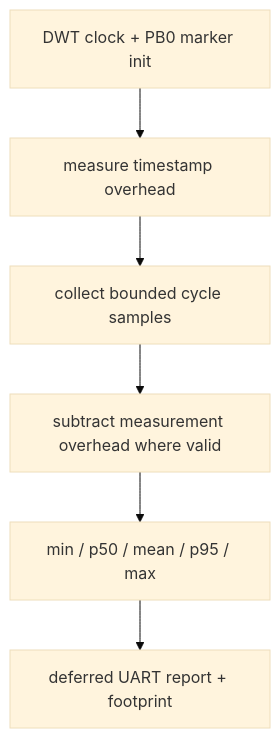
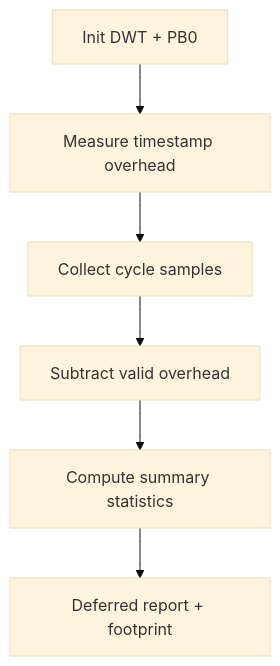
Before and after one commit to haikevins/hairtos: the diagram in benchmarks/kernel/README.md, drawn with Mermaid (base theme). The commit also changed other lines of this file and 82 other files, not shown here.

````diff
--- a/benchmarks/kernel/README.md
+++ b/benchmarks/kernel/README.md
@@ -54,8 +53,8 @@
 ```mermaid
-flowchart TD
-    INIT["DWT clock + PB0 marker init"] --> OH["measure timestamp overhead"]
-    OH --> M["collect bounded cycle samples"]
-    M --> ADJ["subtract measurement overhead where valid"]
-    ADJ --> ST["min / p50 / mean / p95 / max"]
-    ST --> OUT["deferred UART report + footprint"]
+flowchart TB
+    INIT["Init DWT + PB0"] --> OH["Measure timestamp overhead"]
+    OH --> M["Collect cycle samples"]
+    M --> ADJ["Subtract valid overhead"]
+    ADJ --> ST["Compute summary statistics"]
+    ST --> OUT["Deferred report + footprint"]
 ```
````
